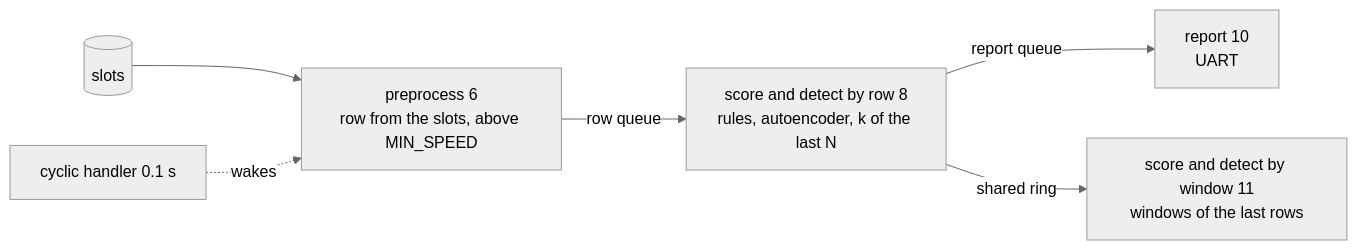
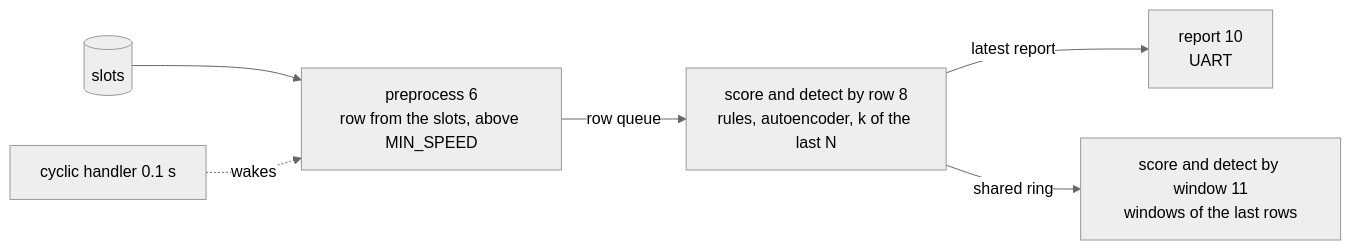
The diagram in board/lib/ai_can_anomaly_detection_tasks/README.md (asana17/ai_can_anomaly_detection), drawn with Mermaid (neutral theme) before and after one commit. The commit also changed other lines of this file and 4 other files, not shown here.

Commit message:
refactor(board): hand report only the latest alarm state

````diff
--- a/board/lib/ai_can_anomaly_detection_tasks/README.md
+++ b/board/lib/ai_can_anomaly_detection_tasks/README.md
@@ -6,8 +6,8 @@
 ```mermaid
 flowchart LR
     slots[(slots)] --> pre["preprocess 6<br/>row from the slots, above MIN_SPEED"]
     tick[cyclic handler 0.1 s] -. wakes .-> pre
     pre -- row queue --> sd["score and detect by row 8<br/>rules, autoencoder, k of the last N"]
-    sd -- report queue --> report["report 10<br/>UART"]
+    sd -- latest report --> report["report 10<br/>UART"]
     sd -- shared ring --> win["score and detect by window 11<br/>windows of the last rows"]
 ```
````
